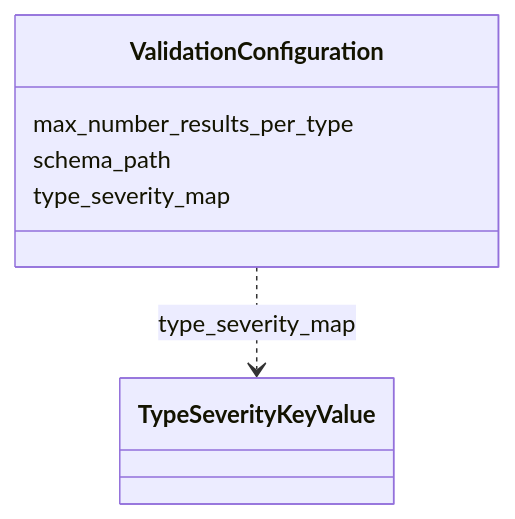
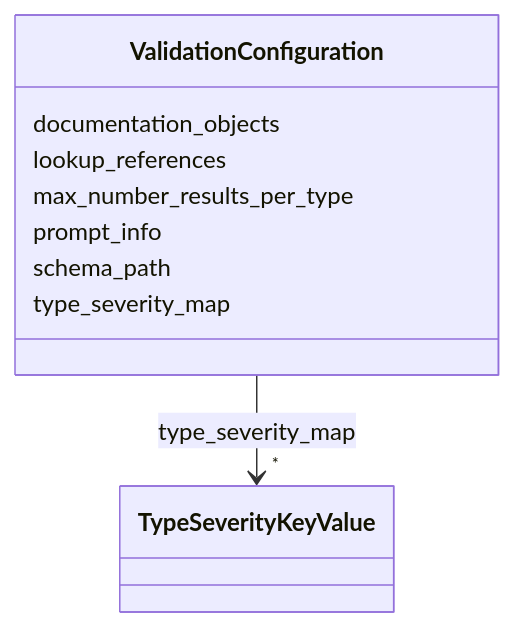
The diagram in docs/datamodels/validation/ValidationConfiguration.md (INCATools/ontology-access-kit), drawn with Mermaid before and after one commit. The commit also changed other lines of this file and 539 other files, not shown here.

````diff
--- a/docs/datamodels/validation/ValidationConfiguration.md
+++ b/docs/datamodels/validation/ValidationConfiguration.md
@@ -11,13 +19,25 @@
 ```{mermaid}
  classDiagram
     class ValidationConfiguration
+    click ValidationConfiguration href "../ValidationConfiguration"
+      ValidationConfiguration : documentation_objects
+        
+      ValidationConfiguration : lookup_references
+        
       ValidationConfiguration : max_number_results_per_type
+        
+      ValidationConfiguration : prompt_info
         
       ValidationConfiguration : schema_path
         
       ValidationConfiguration : type_severity_map
         
-          ValidationConfiguration ..> TypeSeverityKeyValue : type_severity_map
+          
+    
+    
+    ValidationConfiguration --> "*" TypeSeverityKeyValue : type_severity_map
+    click TypeSeverityKeyValue href "../TypeSeverityKeyValue"
+
         
       
 ```
````
